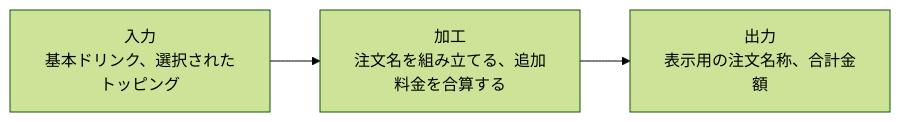
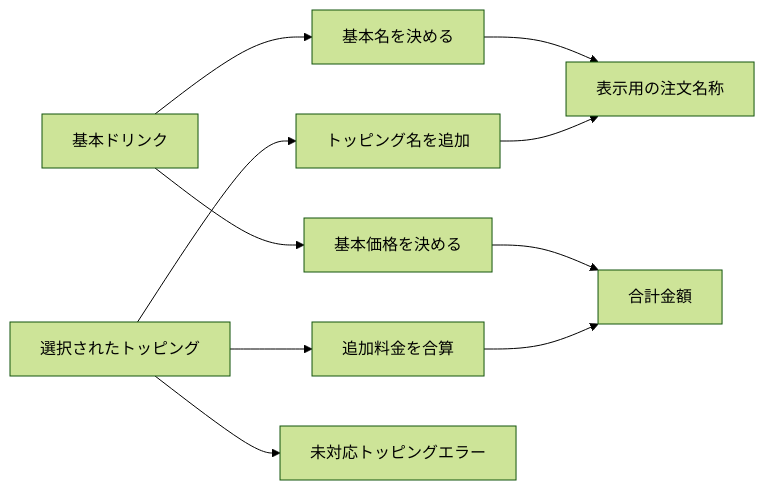
The first of 6 diagrams in kindle/design-patterns/output/chapter06.md (kumachan1101-pixel/DesignPattern), drawn with Mermaid (forest theme) before and after one commit. The commit also changed 14 other files, not shown here.

Commit message:
fix: 仕様フロー図を細分化

````diff
--- a/kindle/design-patterns/output/chapter06.md
+++ b/kindle/design-patterns/output/chapter06.md
@@ -32,8 +32,12 @@
 ```mermaid
 flowchart LR
-    I["入力<br/>基本ドリンク、選択されたトッピング"]
-    P["加工<br/>注文名を組み立てる、追加料金を合算する"]
-    O["出力<br/>表示用の注文名称、合計金額"]
-
-    I --> P --> O
+    A["基本ドリンク"] --> B["基本名を決める"]
+    A --> C["基本価格を決める"]
+    D["選択されたトッピング"] --> E["トッピング名を追加"]
+    D --> F["追加料金を合算"]
+    B --> G["表示用の注文名称"]
+    E --> G
+    C --> H["合計金額"]
+    F --> H
+    D --> I["未対応トッピングエラー"]
 ```
````
